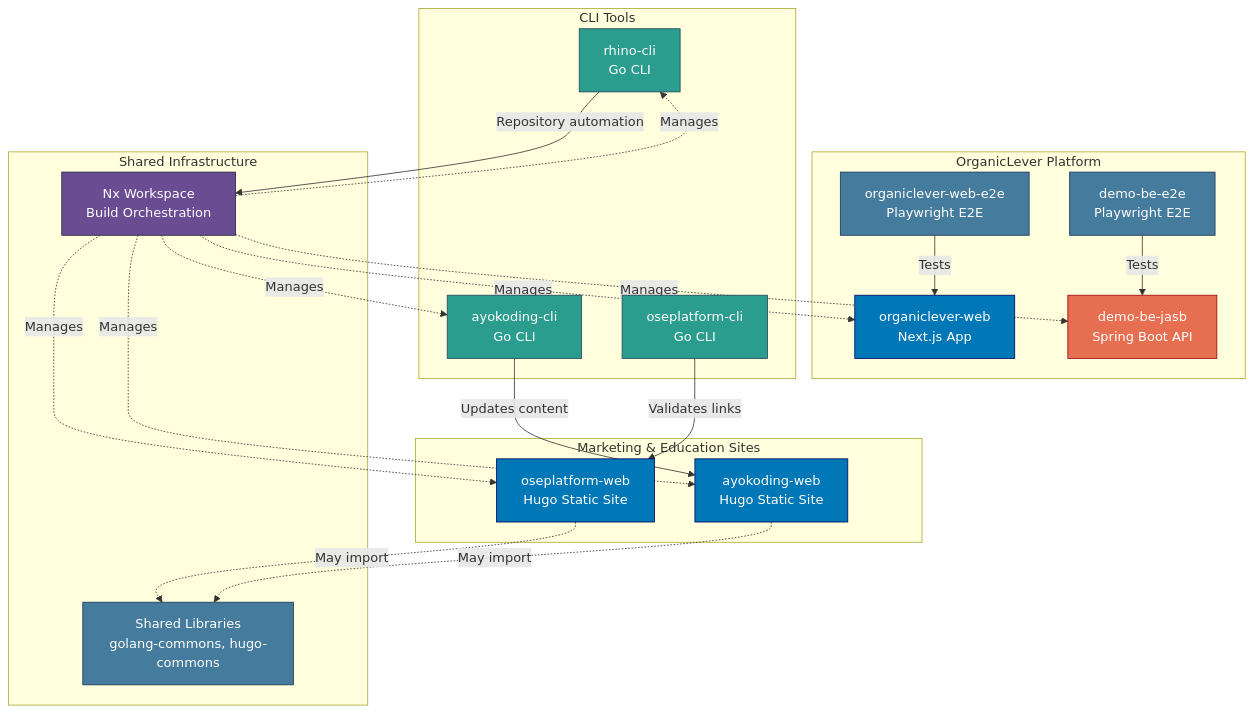
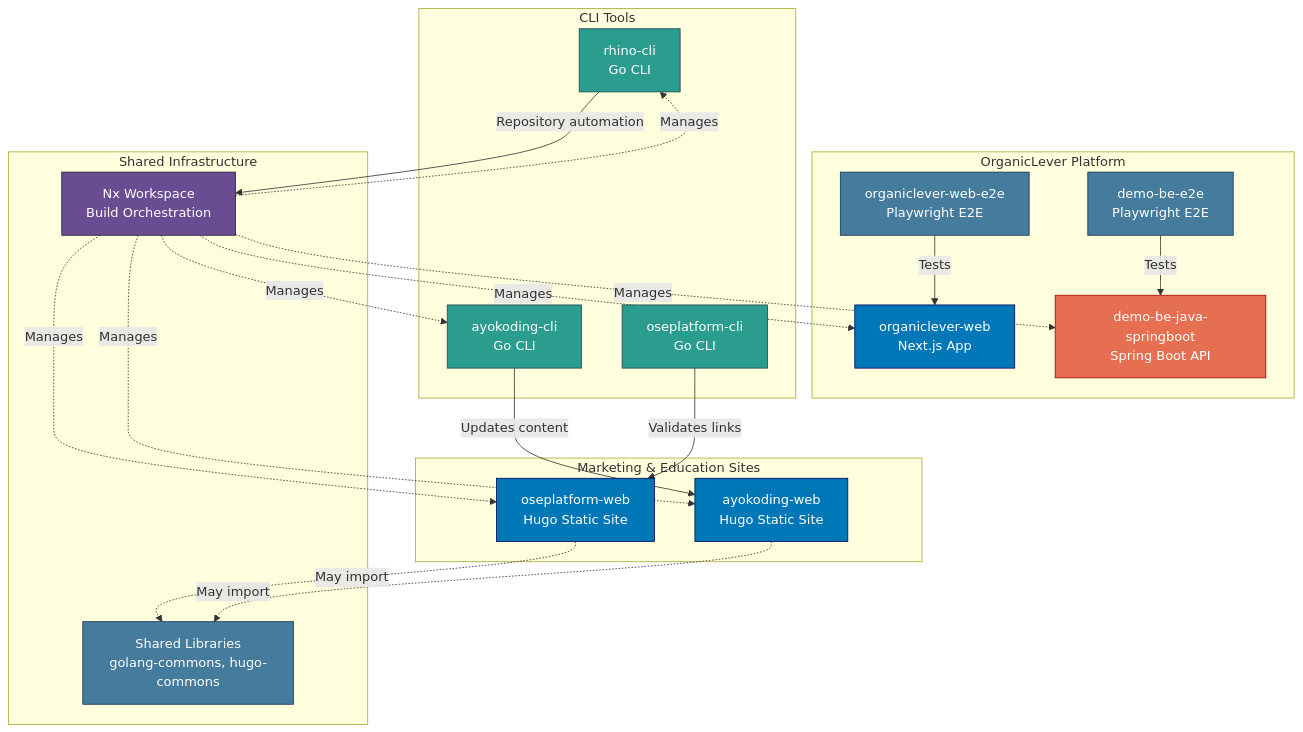
Before and after one commit to wahidyankf/open-sharia-enterprise: the first of 2 diagrams in docs/reference/system-architecture/re-syar__applications.md, drawn with Mermaid. The commit also changed other lines of this file and 1003 other files, not shown here.

````diff
--- a/docs/reference/system-architecture/re-syar__applications.md
+++ b/docs/reference/system-architecture/re-syar__applications.md
@@ -131,53 +131,53 @@
 ```mermaid
 graph TB
     subgraph "Marketing & Education Sites"
         OSE[oseplatform-web<br/>Hugo Static Site]
         AYO[ayokoding-web<br/>Hugo Static Site]
     end
 
     subgraph "OrganicLever Platform"
         OL_WEB[organiclever-web<br/>Next.js App]
-        OL_BE[demo-be-jasb<br/>Spring Boot API]
+        OL_BE[demo-be-java-springboot<br/>Spring Boot API]
         OL_WEB_E2E[organiclever-web-e2e<br/>Playwright E2E]
         OL_BE_E2E[demo-be-e2e<br/>Playwright E2E]
     end
 
     subgraph "CLI Tools"
         AYOCLI[ayokoding-cli<br/>Go CLI]
         RHINO[rhino-cli<br/>Go CLI]
         OSECLI[oseplatform-cli<br/>Go CLI]
     end
 
     subgraph "Shared Infrastructure"
         NX[Nx Workspace<br/>Build Orchestration]
         LIBS[Shared Libraries<br/>golang-commons, hugo-commons]
     end
 
     AYOCLI -->|Updates content| AYO
     RHINO -->|Repository automation| NX
     OSECLI -->|Validates links| OSE
     OL_WEB_E2E -->|Tests| OL_WEB
     OL_BE_E2E -->|Tests| OL_BE
 
     NX -.->|Manages| OSE
     NX -.->|Manages| AYO
     NX -.->|Manages| AYOCLI
     NX -.->|Manages| RHINO
     NX -.->|Manages| OL_WEB
     NX -.->|Manages| OL_BE
 
     OSE -.->|May import| LIBS
     AYO -.->|May import| LIBS
 
     style OSE fill:#0077b6,stroke:#03045e,color:#ffffff
     style AYO fill:#0077b6,stroke:#03045e,color:#ffffff
     style OL_WEB fill:#0077b6,stroke:#03045e,color:#ffffff
     style OL_BE fill:#e76f51,stroke:#9d0208,color:#ffffff
     style OL_WEB_E2E fill:#457b9d,stroke:#1d3557,color:#ffffff
     style OL_BE_E2E fill:#457b9d,stroke:#1d3557,color:#ffffff
     style AYOCLI fill:#2a9d8f,stroke:#264653,color:#ffffff
     style RHINO fill:#2a9d8f,stroke:#264653,color:#ffffff
     style OSECLI fill:#2a9d8f,stroke:#264653,color:#ffffff
     style NX fill:#6a4c93,stroke:#22223b,color:#ffffff
     style LIBS fill:#457b9d,stroke:#1d3557,color:#ffffff
 ```
````
